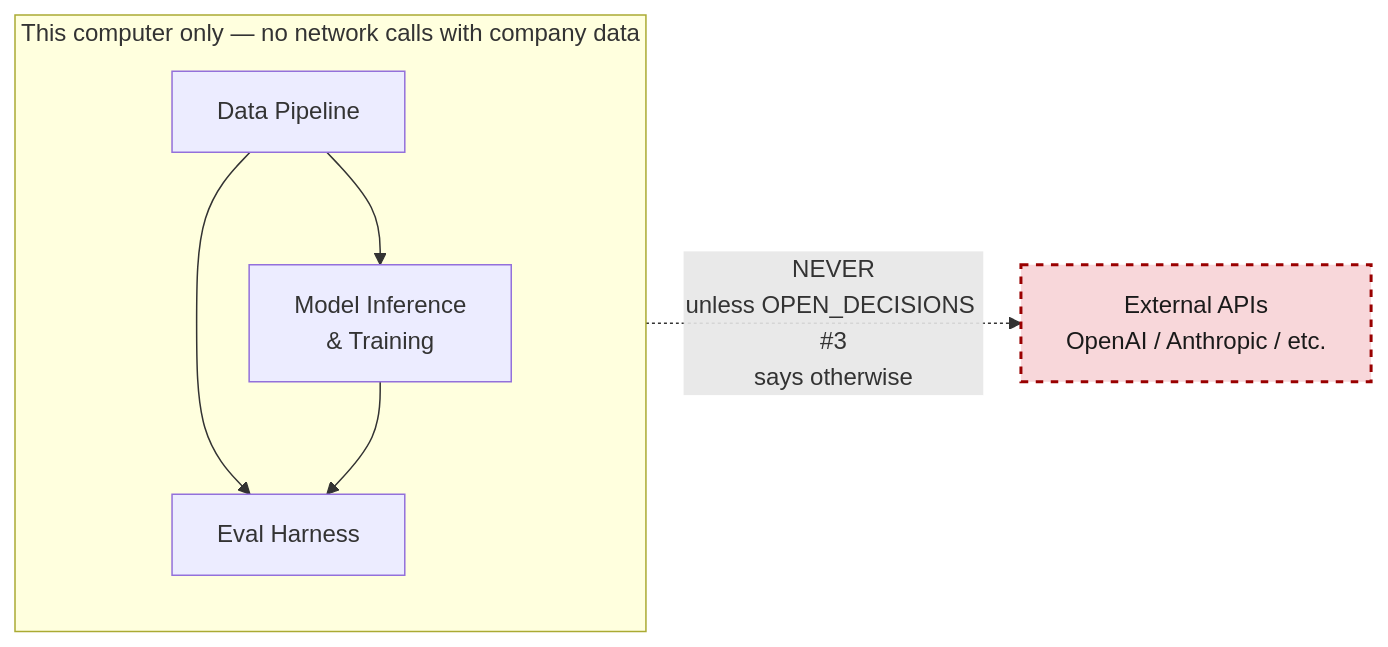
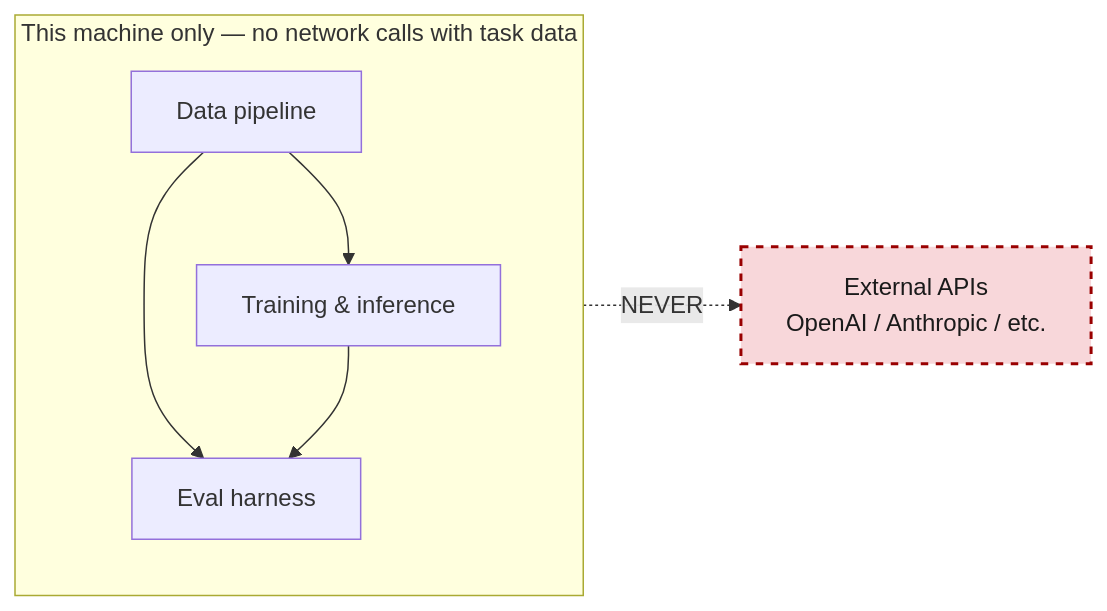
One commit to Akashkar00/notechat-qlora-eval changed the second of 6 diagrams in docs/ARCHITECTURE.md. Above: the diagram before and after it, drawn with Mermaid. The commit also changed other lines of this file and 19 other files, not shown here.

````diff
--- a/docs/ARCHITECTURE.md
+++ b/docs/ARCHITECTURE.md
@@ -34,16 +37,16 @@
 ```mermaid
 flowchart LR
-    subgraph LOCAL["This computer only — no network calls with company data"]
+    subgraph LOCAL["This machine only — no network calls with task data"]
         direction TB
-        P1[Data Pipeline]
-        P2[Eval Harness]
-        P3[Model Inference\n& Training]
+        P1[Data pipeline]
+        P2[Eval harness]
+        P3[Training & inference]
         P1 --> P2
         P1 --> P3
         P3 --> P2
     end
-    EXT[External APIs\nOpenAI / Anthropic / etc.]
-    LOCAL -. NEVER\nunless OPEN_DECISIONS #3\nsays otherwise .-> EXT
+    EXT["External APIs<br/>OpenAI / Anthropic / etc."]
+    LOCAL -. NEVER .-> EXT
 
     style EXT fill:#f8d7da,stroke:#900,stroke-width:2px,stroke-dasharray: 5 5,color:#1a1a1a
 ```
````
